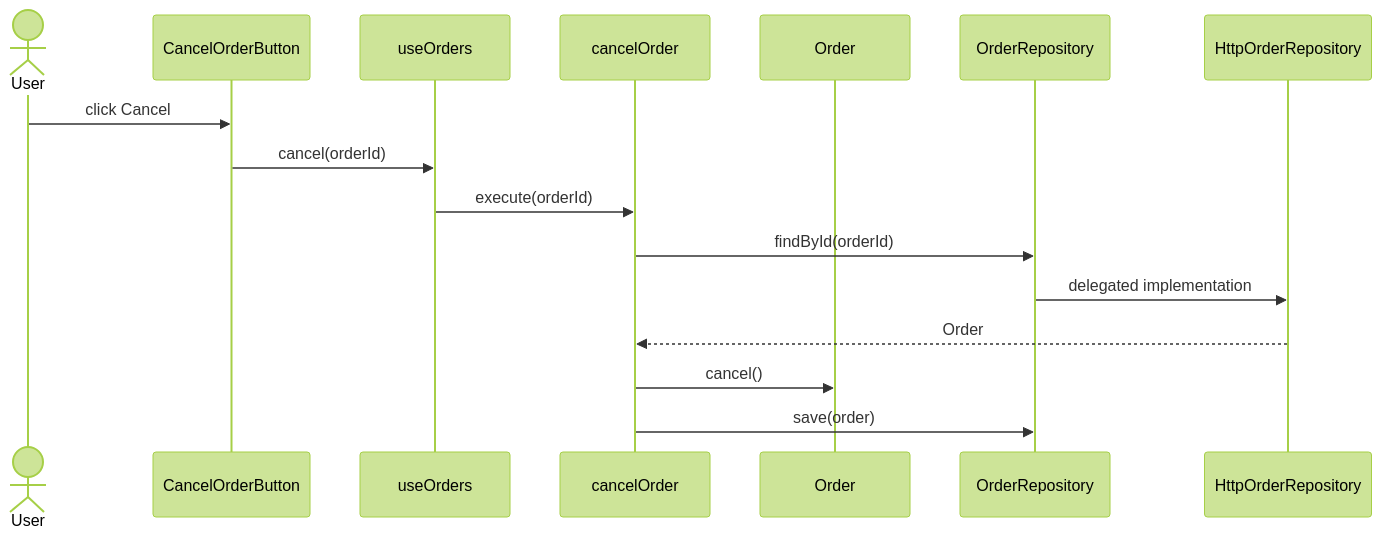
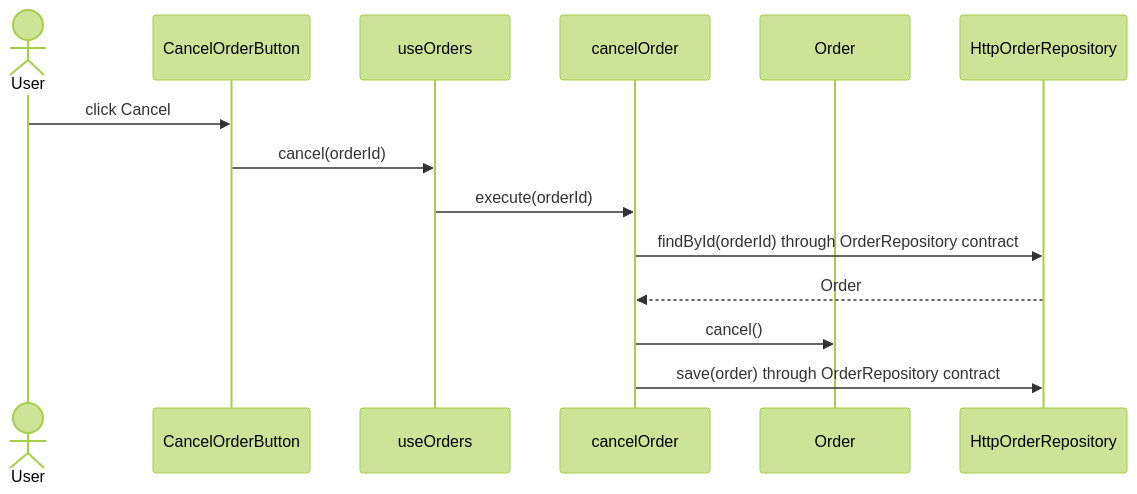
One commit to AndresTaoFlorez/software-architecture changed the sixth of 6 diagrams in clean-architecture/README.md. Above: the diagram before and after it, drawn with Mermaid (forest theme). The commit also changed other lines of this file and 6 other files, not shown here.

Commit message:
docs: audit architecture semantics and harden documentation checks

````diff
--- a/clean-architecture/README.md
+++ b/clean-architecture/README.md
@@ -250,19 +252,17 @@
 ```mermaid
 sequenceDiagram
     actor User
     participant View as CancelOrderButton
     participant VM as useOrders
     participant UC as cancelOrder
     participant Order as Order
-    participant Port as OrderRepository
-    participant Http as HttpOrderRepository
+    participant Adapter as HttpOrderRepository
 
     User->>View: click Cancel
     View->>VM: cancel(orderId)
     VM->>UC: execute(orderId)
-    UC->>Port: findById(orderId)
-    Port->>Http: delegated implementation
-    Http-->>UC: Order
+    UC->>Adapter: findById(orderId) through OrderRepository contract
+    Adapter-->>UC: Order
     UC->>Order: cancel()
-    UC->>Port: save(order)
+    UC->>Adapter: save(order) through OrderRepository contract
 ```
````
